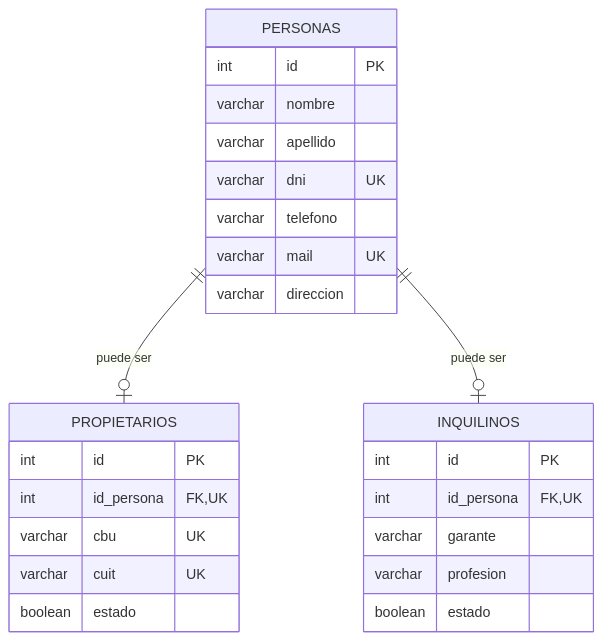
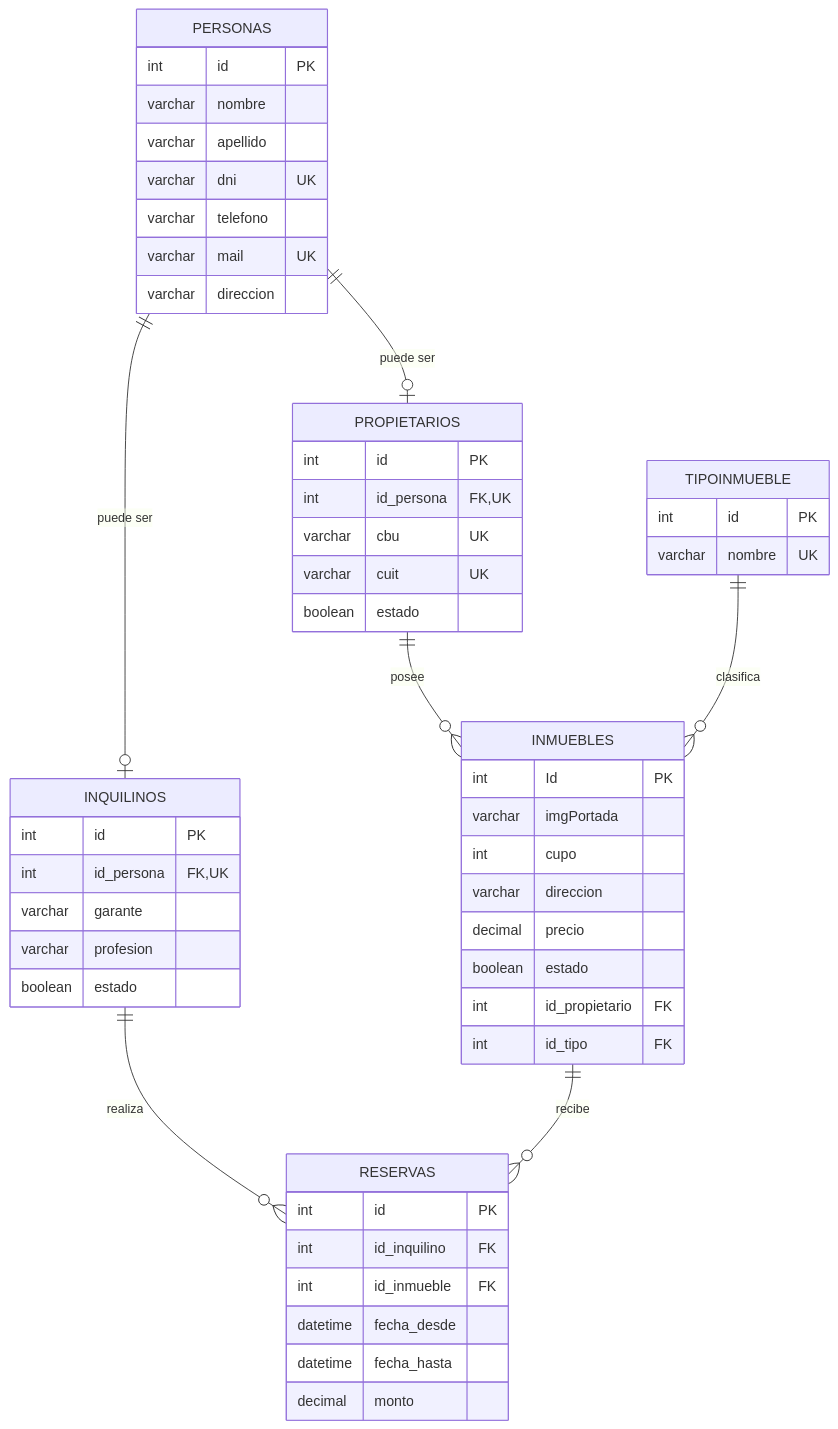
Before and after one commit to MaloviniV/PROY_INMOBILIARIA_malovini: the diagram in README.md, drawn with Mermaid. The commit also changed other lines of this file, not shown here.

````diff
--- a/README.md
+++ b/README.md
@@ -55,29 +67,56 @@
 ```mermaid
 erDiagram
   PERSONAS ||--o| PROPIETARIOS : "puede ser"
   PERSONAS ||--o| INQUILINOS : "puede ser"
 
   PERSONAS {
     int id PK
     varchar nombre
     varchar apellido
     varchar dni UK
     varchar telefono
     varchar mail UK
     varchar direccion
   }
   PROPIETARIOS {
     int id PK
     int id_persona FK,UK
     varchar cbu UK
     varchar cuit UK
     boolean estado
   }
   INQUILINOS {
     int id PK
     int id_persona FK,UK
     varchar garante
     varchar profesion
     boolean estado
   }
+    TIPOINMUEBLE {
+      int id PK
+      varchar nombre UK
+    }
+    INMUEBLES {
+      int Id PK
+      varchar imgPortada
+      int cupo
+      varchar direccion
+      decimal precio
+      boolean estado
+      int id_propietario FK
+      int id_tipo FK
+    }
+    RESERVAS {
+      int id PK
+      int id_inquilino FK
+      int id_inmueble FK
+      datetime fecha_desde
+      datetime fecha_hasta
+      decimal monto
+    }
+
+    PROPIETARIOS ||--o{ INMUEBLES : posee
+    TIPOINMUEBLE ||--o{ INMUEBLES : clasifica
+    INQUILINOS ||--o{ RESERVAS : realiza
+    INMUEBLES ||--o{ RESERVAS : recibe
 ```
````
